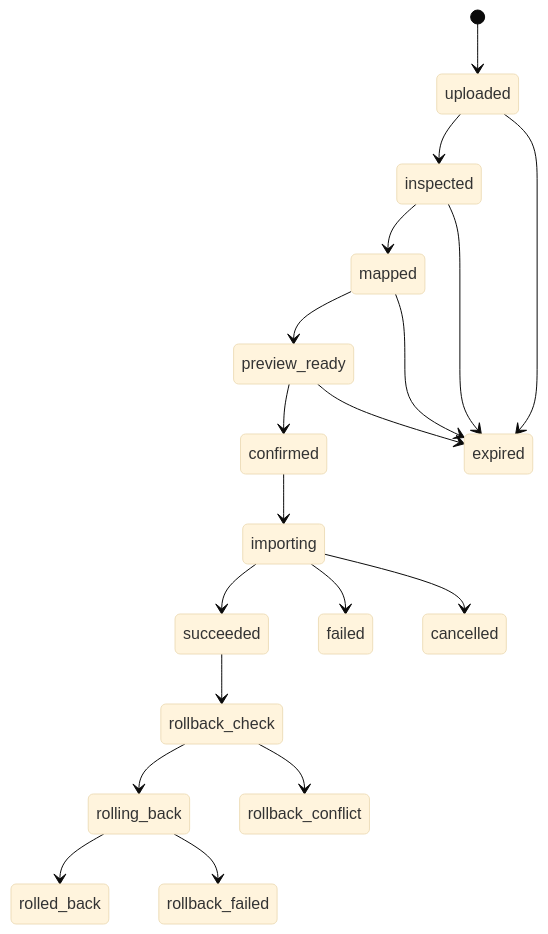
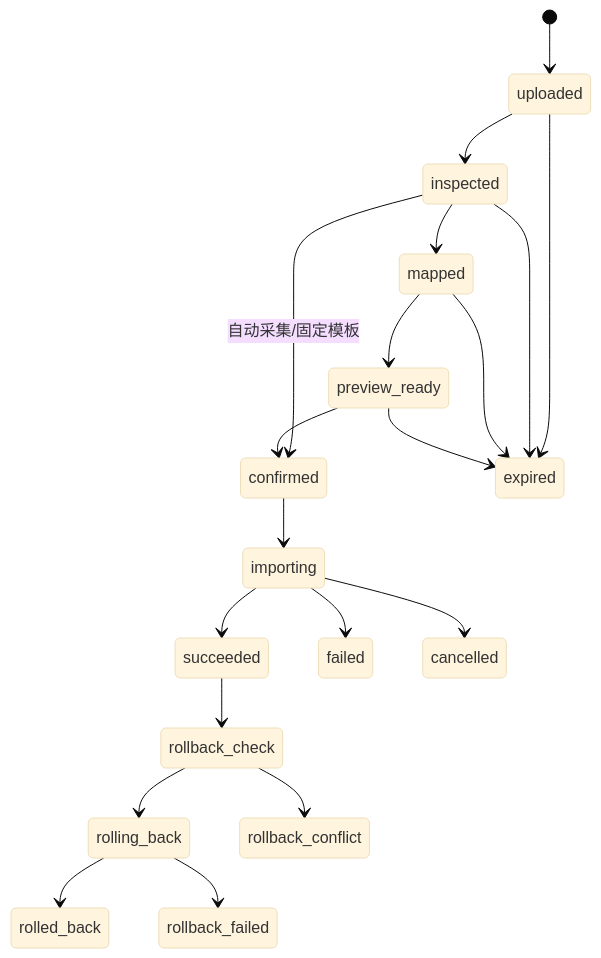
Before and after one commit to junjuntian/Futures-analysis-website: the diagram in docs/IMPORT_DESIGN.md, drawn with Mermaid (base theme). The commit also changed other lines of this file and 17 other files, not shown here.

````diff
--- a/docs/IMPORT_DESIGN.md
+++ b/docs/IMPORT_DESIGN.md
@@ -23,21 +23,22 @@
 ```mermaid
 stateDiagram-v2
     [*] --> uploaded
     uploaded --> inspected
     inspected --> mapped
+    inspected --> confirmed: 自动采集/固定模板
     mapped --> preview_ready
     preview_ready --> confirmed
     confirmed --> importing
     importing --> succeeded
     importing --> failed
     importing --> cancelled
     succeeded --> rollback_check
     rollback_check --> rolling_back
     rollback_check --> rollback_conflict
     rolling_back --> rolled_back
     rolling_back --> rollback_failed
     uploaded --> expired
     inspected --> expired
     mapped --> expired
     preview_ready --> expired
 ```
````
